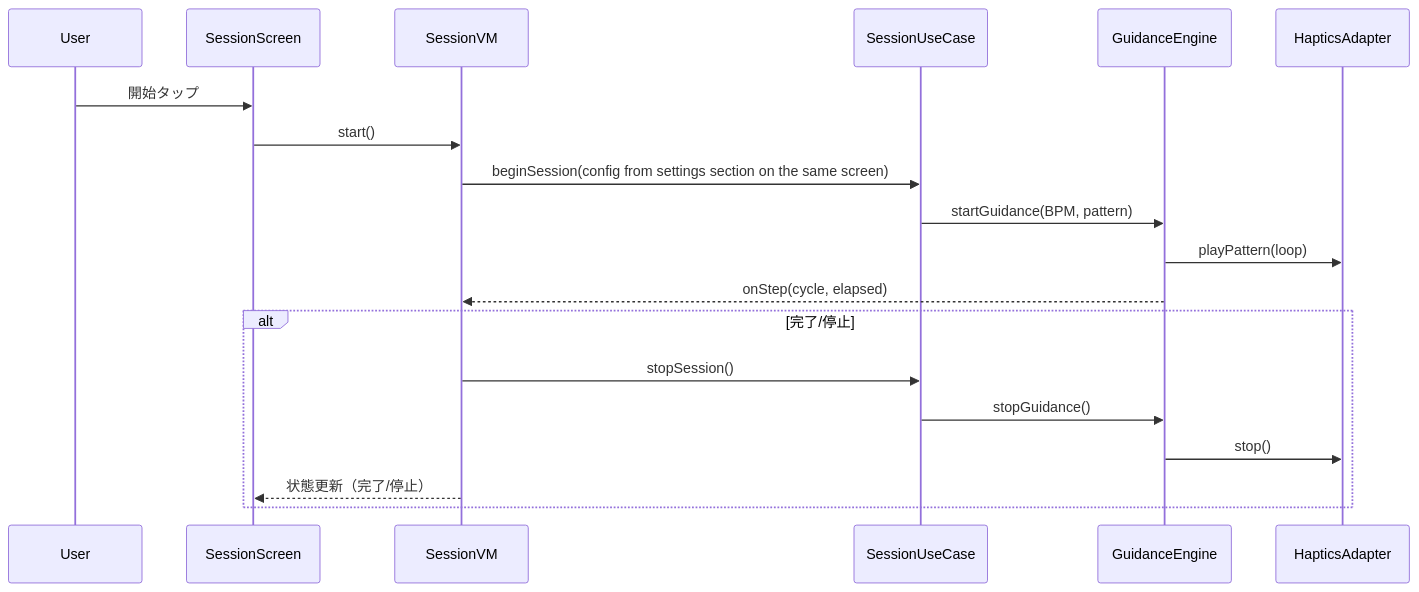
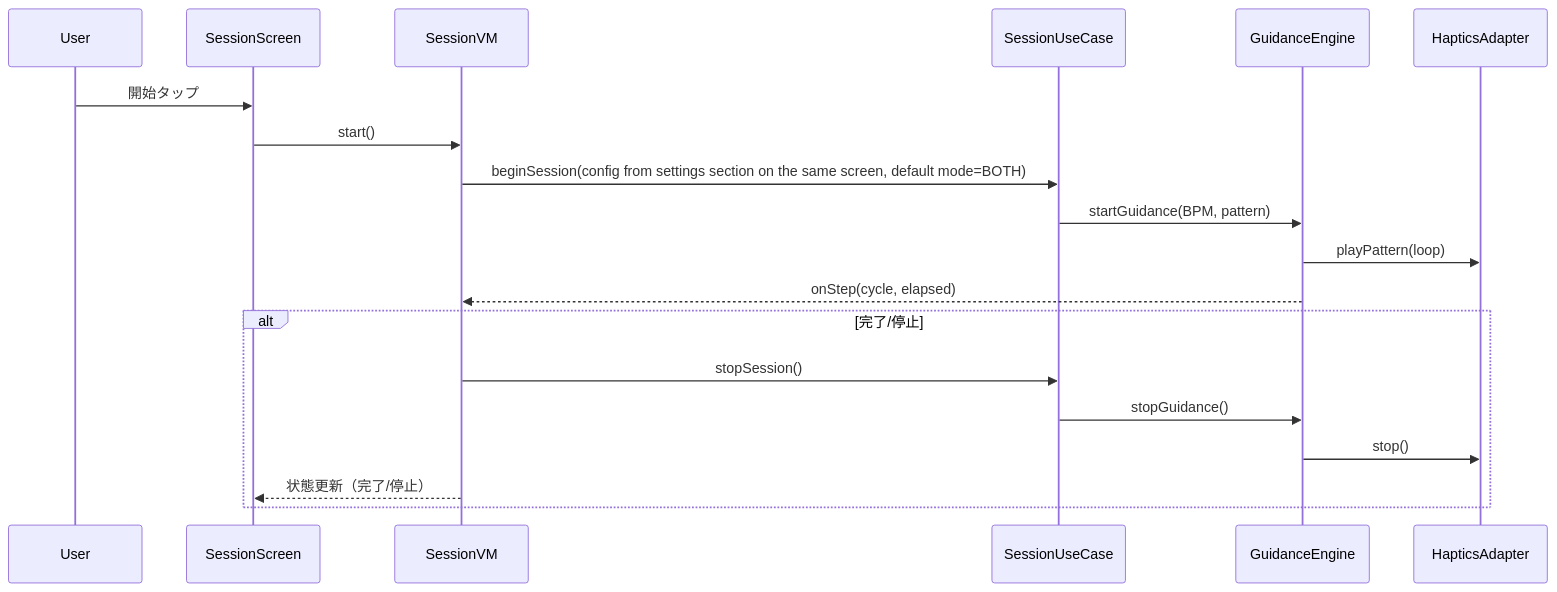
The second of 2 diagrams in .kiro/specs/calm-heart-rate-app/design.md (n4cl/CalmVibe), drawn with Mermaid before and after one commit. The commit also changed other lines of this file, not shown here.

````diff
--- a/.kiro/specs/calm-heart-rate-app/design.md
+++ b/.kiro/specs/calm-heart-rate-app/design.md
@@ -45,22 +45,22 @@
 ```mermaid
 sequenceDiagram
   participant User
   participant UI as SessionScreen
   participant VM as SessionVM
   participant UC as SessionUseCase
   participant GE as GuidanceEngine
   participant HA as HapticsAdapter
 
   User->>UI: 開始タップ
   UI->>VM: start()
-  VM->>UC: beginSession(config from settings section on the same screen)
+  VM->>UC: beginSession(config from settings section on the same screen, default mode=BOTH)
   UC->>GE: startGuidance(BPM, pattern)
   GE->>HA: playPattern(loop)
   GE-->>VM: onStep(cycle, elapsed)
   alt 完了/停止
     VM->>UC: stopSession()
     UC->>GE: stopGuidance()
     GE->>HA: stop()
     VM-->>UI: 状態更新（完了/停止）
   end
 ```
````
